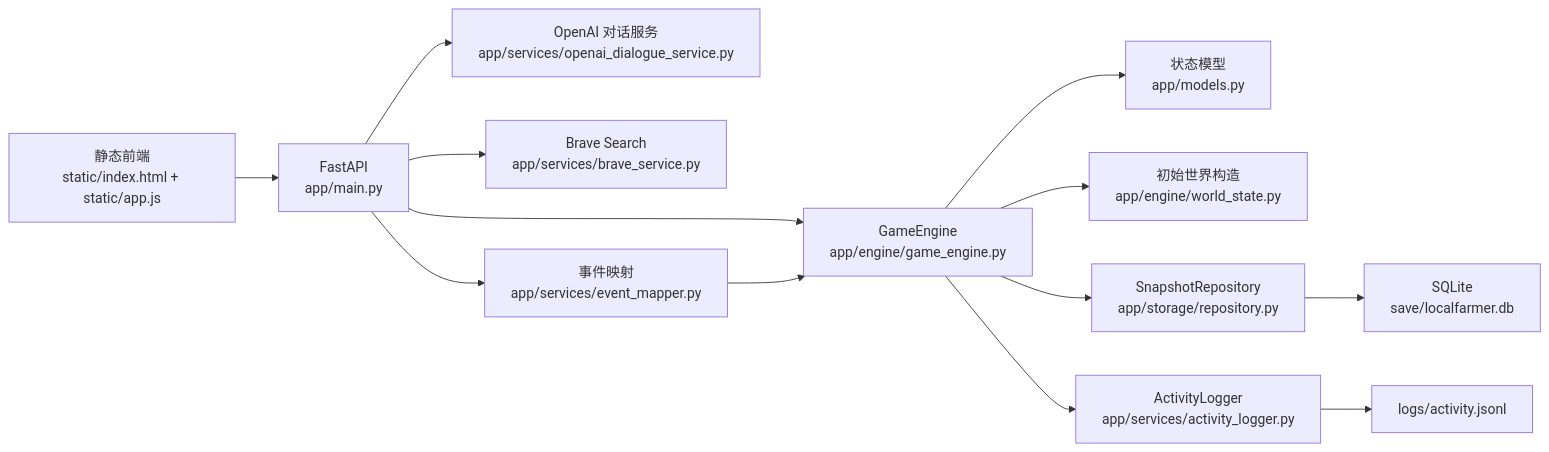
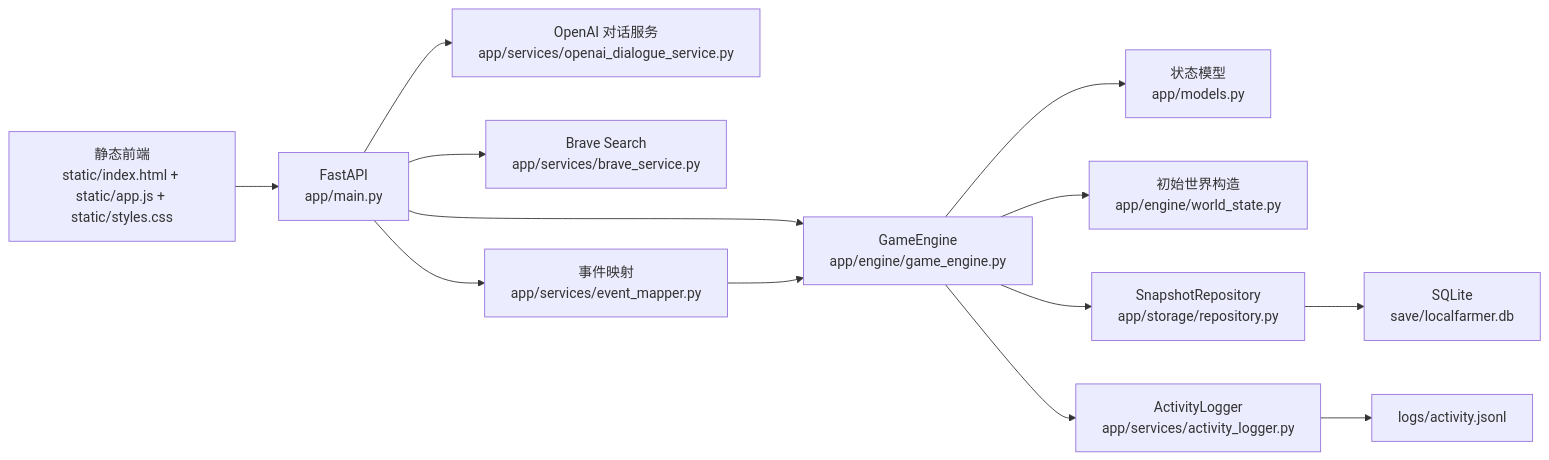
Before and after one commit to whuyao/PixelLab: the diagram in docs/architecture_report.md, drawn with Mermaid. The commit also changed other lines of this file and 9 other files, not shown here.

````diff
--- a/docs/architecture_report.md
+++ b/docs/architecture_report.md
@@ -18,15 +18,15 @@
 ```mermaid
 flowchart LR
-    UI["静态前端\nstatic/index.html + static/app.js"] --> API["FastAPI\napp/main.py"]
+    UI["静态前端\nstatic/index.html + static/app.js + static/styles.css"] --> API["FastAPI\napp/main.py"]
     API --> Engine["GameEngine\napp/engine/game_engine.py"]
     Engine --> Models["状态模型\napp/models.py"]
     Engine --> Init["初始世界构造\napp/engine/world_state.py"]
     Engine --> Repo["SnapshotRepository\napp/storage/repository.py"]
     Repo --> SQLite["SQLite\nsave/localfarmer.db"]
     Engine --> Logger["ActivityLogger\napp/services/activity_logger.py"]
     Logger --> JSONL["logs/activity.jsonl"]
     API --> OpenAI["OpenAI 对话服务\napp/services/openai_dialogue_service.py"]
     API --> Brave["Brave Search\napp/services/brave_service.py"]
     API --> Mapper["事件映射\napp/services/event_mapper.py"]
     Mapper --> Engine
 ```
````
